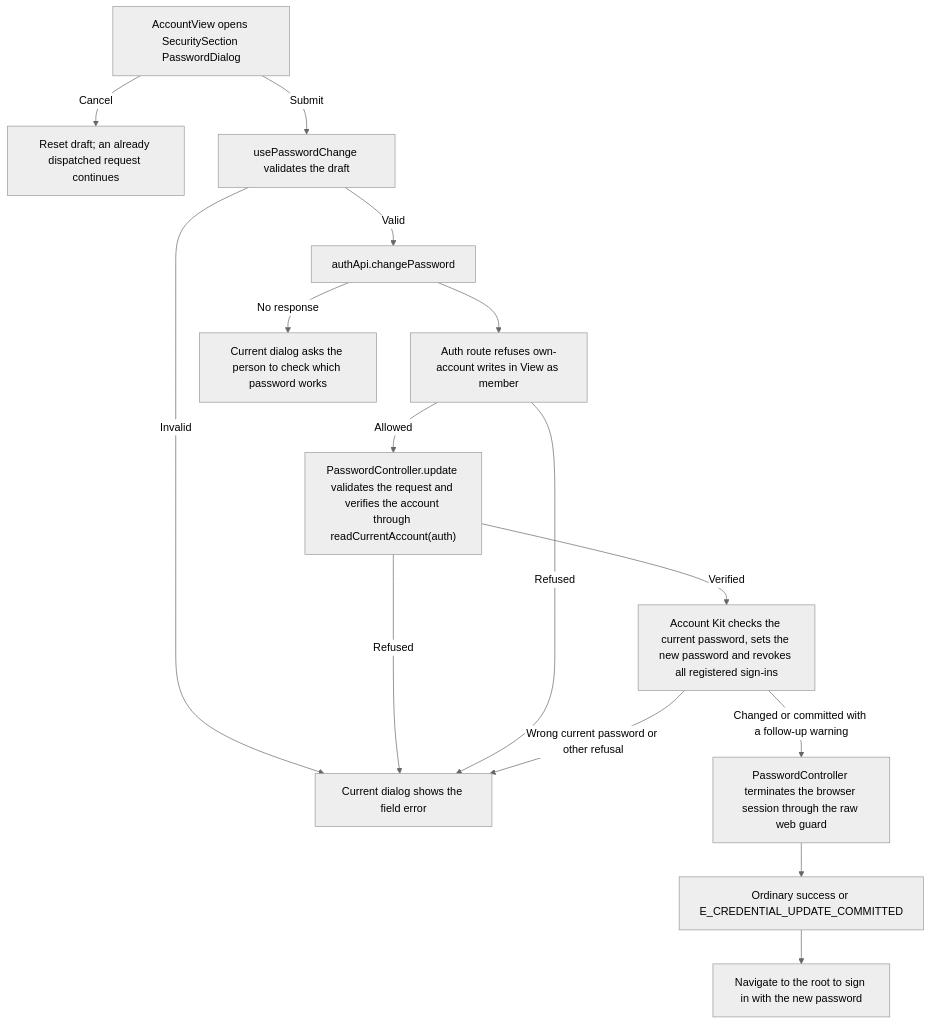
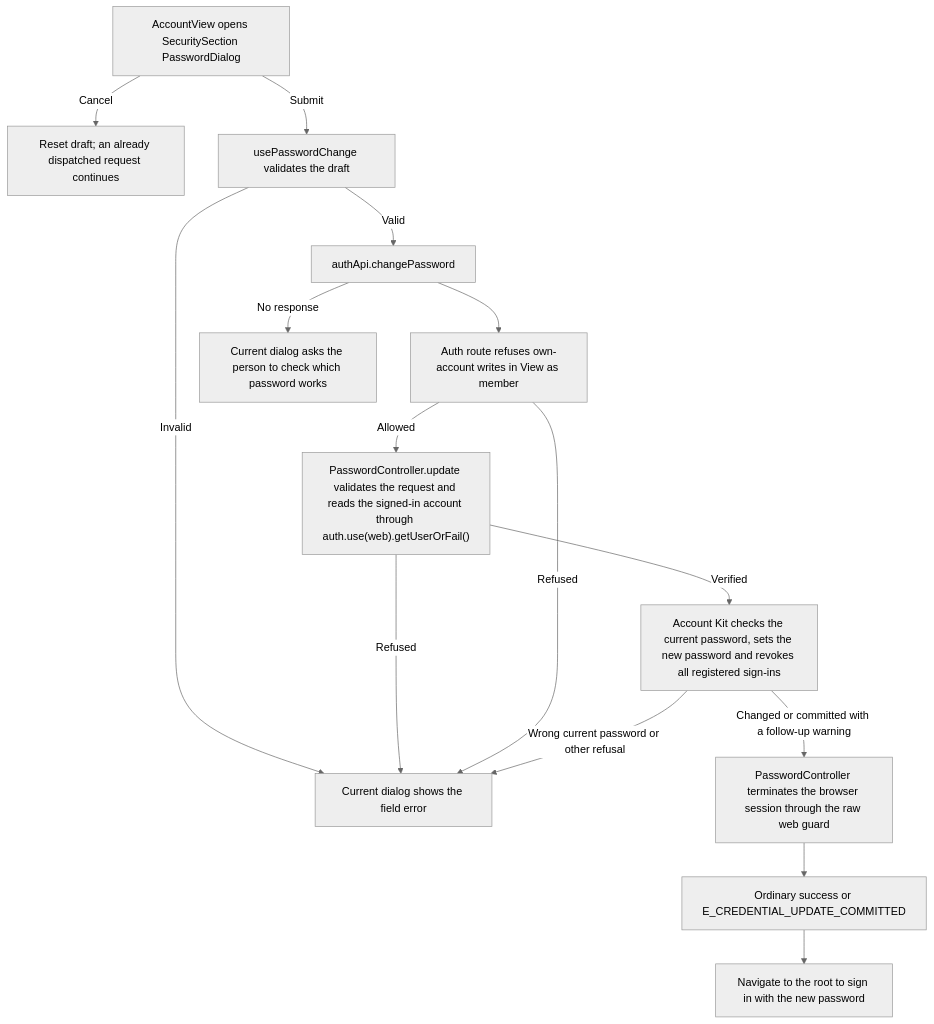
One commit to Kevinjohn/capacitylens changed the second of 2 diagrams in user-stories/account/US-ACCOUNT-02-password-change.md. Above: the diagram before and after it, drawn with Mermaid (neutral theme). The commit also changed other lines of this file and 50 other files, not shown here.

````diff
--- a/user-stories/account/US-ACCOUNT-02-password-change.md
+++ b/user-stories/account/US-ACCOUNT-02-password-change.md
@@ -34,17 +34,17 @@
 ```mermaid
 flowchart TD
   form["AccountView opens SecuritySection PasswordDialog"] -->|Cancel| clear["Reset draft; an already dispatched request continues"]
   form -->|Submit| validate["usePasswordChange validates the draft"]
   validate -->|Invalid| error["Current dialog shows the field error"]
   validate -->|Valid| request["authApi.changePassword"]
   request --> guard["Auth route refuses own-account writes in View as member"]
-  guard -->|Allowed| current["PasswordController.update validates the request and verifies the account through readCurrentAccount(auth)"]
+  guard -->|Allowed| current["PasswordController.update validates the request and reads the signed-in account through auth.use(web).getUserOrFail()"]
   current -->|Verified| kit["Account Kit checks the current password, sets the new password and revokes all registered sign-ins"]
   current -->|Refused| error
   guard -->|Refused| error
   kit -->|Wrong current password or other refusal| error
   kit -->|Changed or committed with a follow-up warning| terminate["PasswordController terminates the browser session through the raw web guard"]
   terminate --> response["Ordinary success or E_CREDENTIAL_UPDATE_COMMITTED"]
   response --> reload["Navigate to the root to sign in with the new password"]
   request -->|No response| unknown["Current dialog asks the person to check which password works"]
 ```
````
